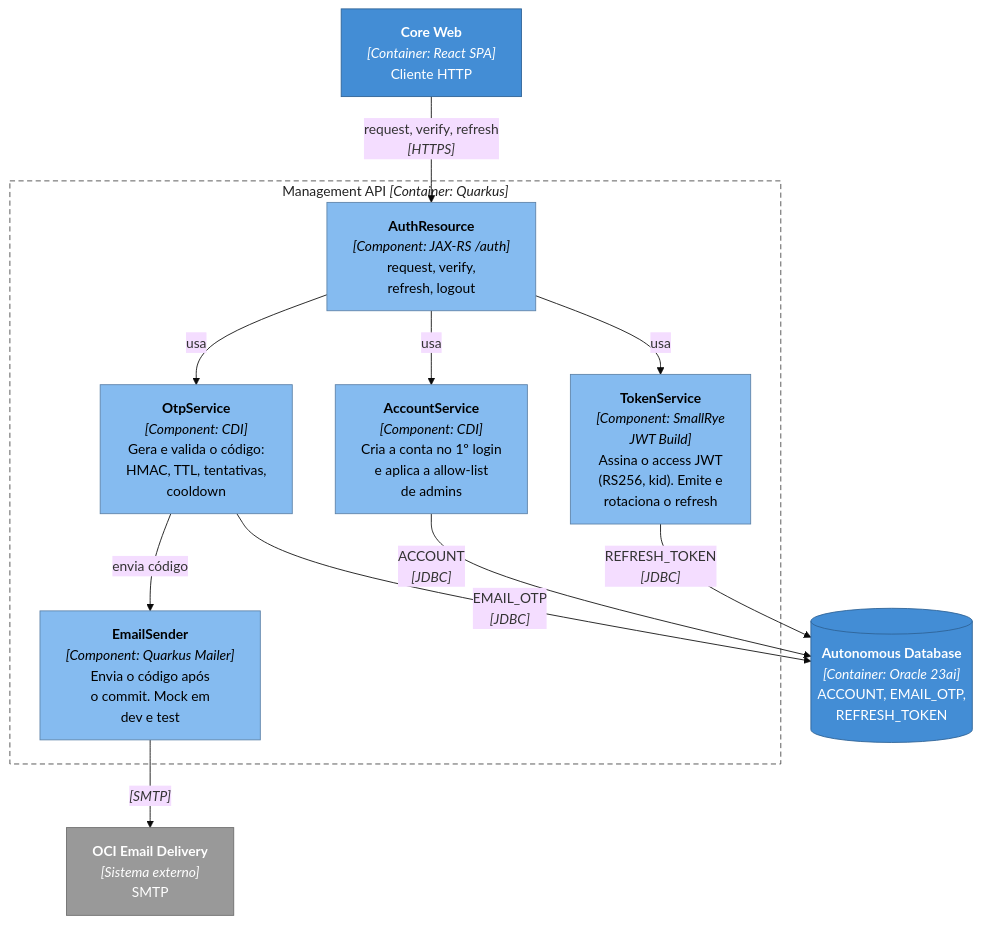
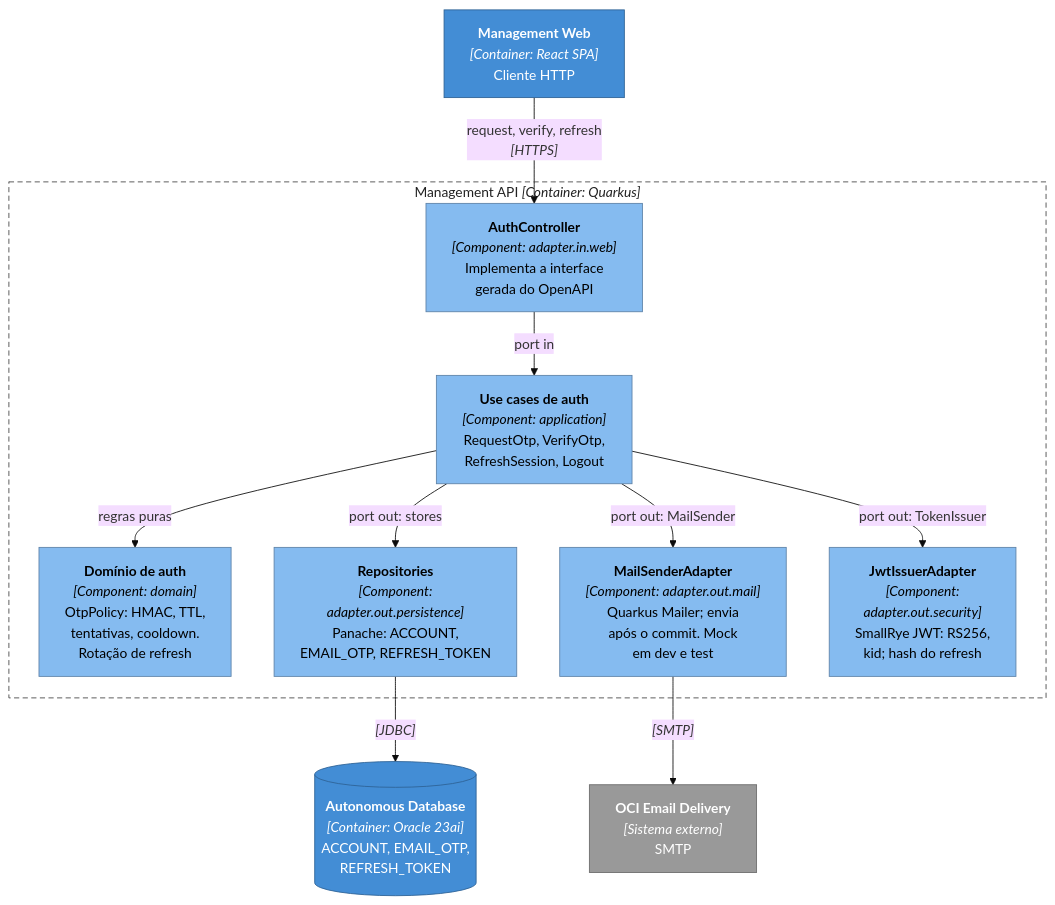
One commit to ECOLchain/ecolchain-management-api changed the third of 8 diagrams in docs/proposta-auth-onboarding.md. Above: the diagram before and after it, drawn with Mermaid (base theme). The commit also changed other lines of this file and 5 other files, not shown here.

````diff
--- a/docs/proposta-auth-onboarding.md
+++ b/docs/proposta-auth-onboarding.md
@@ -144,30 +177,30 @@
 ```mermaid
 %%{init: {"flowchart": {"wrappingWidth": 260}}}%%
 flowchart TB
     classDef container fill:#438dd5,stroke:#2e6295,color:#ffffff
     classDef ext fill:#999999,stroke:#6b6b6b,color:#ffffff
     classDef component fill:#85bbf0,stroke:#5d82a8,color:#000000
 
-    web["<b>Core Web</b><br/><i>[Container: React SPA]</i><br/>Cliente HTTP"]:::container
+    web["<b>Management Web</b><br/><i>[Container: React SPA]</i><br/>Cliente HTTP"]:::container
     mail["<b>OCI Email Delivery</b><br/><i>[Sistema externo]</i><br/>SMTP"]:::ext
     db[("<b>Autonomous Database</b><br/><i>[Container: Oracle 23ai]</i><br/>ACCOUNT, EMAIL_OTP,<br/>REFRESH_TOKEN")]:::container
 
     subgraph api["Management API  <i>[Container: Quarkus]</i>"]
-        authRes["<b>AuthResource</b><br/><i>[Component: JAX-RS /auth]</i><br/>request, verify,<br/>refresh, logout"]:::component
-        otp["<b>OtpService</b><br/><i>[Component: CDI]</i><br/>Gera e valida o código:<br/>HMAC, TTL, tentativas,<br/>cooldown"]:::component
-        accounts["<b>AccountService</b><br/><i>[Component: CDI]</i><br/>Cria a conta no 1º login<br/>e aplica a allow-list<br/>de admins"]:::component
-        tokens["<b>TokenService</b><br/><i>[Component: SmallRye<br/>JWT Build]</i><br/>Assina o access JWT<br/>(RS256, kid). Emite e<br/>rotaciona o refresh"]:::component
-        mailer["<b>EmailSender</b><br/><i>[Component: Quarkus Mailer]</i><br/>Envia o código após<br/>o commit. Mock em<br/>dev e test"]:::component
+        authCtl["<b>AuthController</b><br/><i>[Component: adapter.in.web]</i><br/>Implementa a interface<br/>gerada do OpenAPI"]:::component
+        uc["<b>Use cases de auth</b><br/><i>[Component: application]</i><br/>RequestOtp, VerifyOtp,<br/>RefreshSession, Logout"]:::component
+        domain["<b>Domínio de auth</b><br/><i>[Component: domain]</i><br/>OtpPolicy: HMAC, TTL,<br/>tentativas, cooldown.<br/>Rotação de refresh"]:::component
+        repos["<b>Repositories</b><br/><i>[Component:<br/>adapter.out.persistence]</i><br/>Panache: ACCOUNT,<br/>EMAIL_OTP, REFRESH_TOKEN"]:::component
+        mailAd["<b>MailSenderAdapter</b><br/><i>[Component: adapter.out.mail]</i><br/>Quarkus Mailer; envia<br/>após o commit. Mock<br/>em dev e test"]:::component
+        jwtAd["<b>JwtIssuerAdapter</b><br/><i>[Component:<br/>adapter.out.security]</i><br/>SmallRye JWT: RS256,<br/>kid; hash do refresh"]:::component
     end
     style api fill:#ffffff,stroke:#444444,stroke-dasharray:6 4,color:#222222
 
-    web -->|"request, verify, refresh<br/><i>[HTTPS]</i>"| authRes
-    authRes -->|usa| otp
-    authRes -->|usa| accounts
-    authRes -->|usa| tokens
-    otp -->|"envia código"| mailer
-    mailer -->|"<i>[SMTP]</i>"| mail
-    otp -->|"EMAIL_OTP<br/><i>[JDBC]</i>"| db
-    accounts -->|"ACCOUNT<br/><i>[JDBC]</i>"| db
-    tokens -->|"REFRESH_TOKEN<br/><i>[JDBC]</i>"| db
+    web -->|"request, verify, refresh<br/><i>[HTTPS]</i>"| authCtl
+    authCtl -->|"port in"| uc
+    uc -->|"regras puras"| domain
+    uc -->|"port out: stores"| repos
+    uc -->|"port out: MailSender"| mailAd
+    uc -->|"port out: TokenIssuer"| jwtAd
+    repos -->|"<i>[JDBC]</i>"| db
+    mailAd -->|"<i>[SMTP]</i>"| mail
 ```
````
